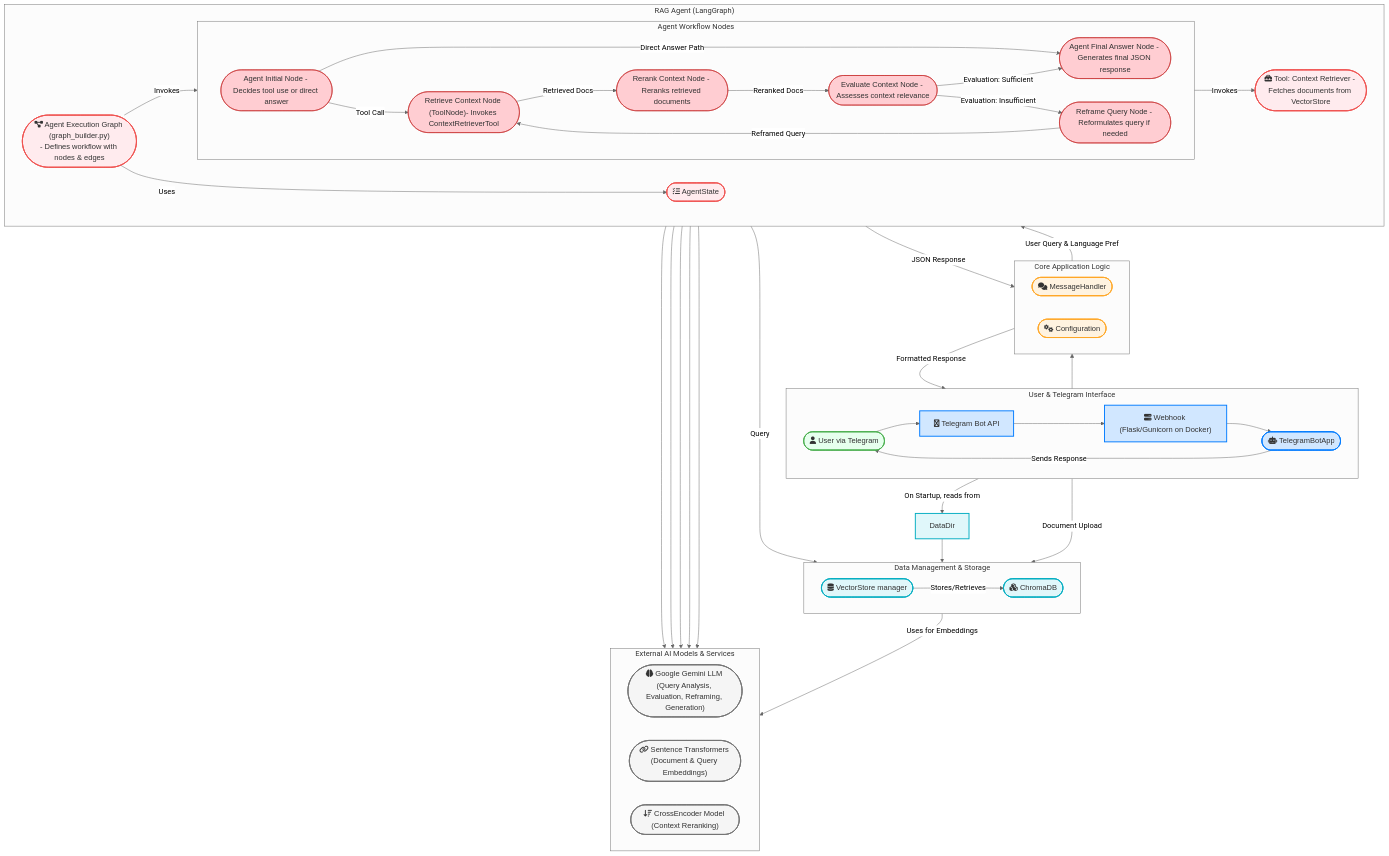
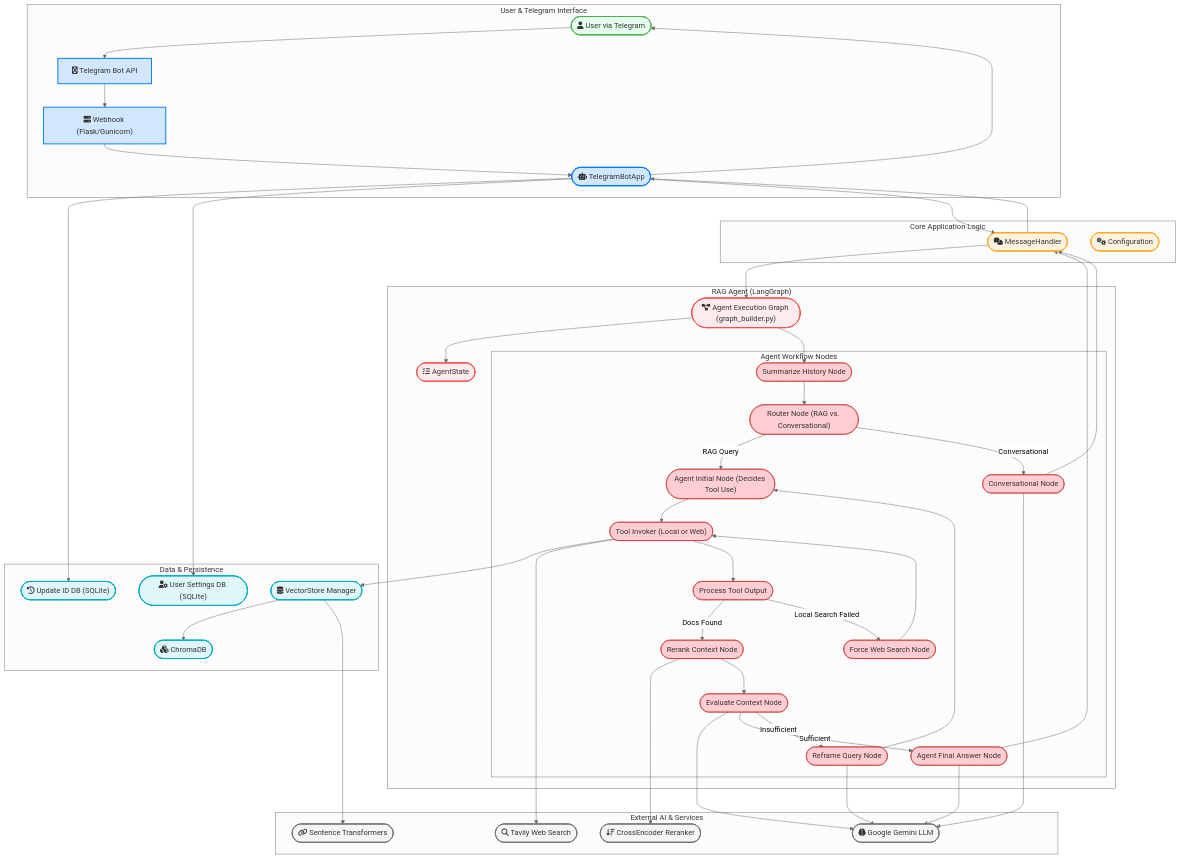
Before and after one commit to bk-anupam/LLM_agents: the diagram in memory-bank/architecture.md, drawn with Mermaid (neutral theme). The commit also changed 9 other files, not shown here.

First line of the commit message:
feat: Migrate persistence to Firestore and update architecture docs

````diff
--- a/memory-bank/architecture.md
+++ b/memory-bank/architecture.md
@@ -2,100 +2,104 @@
 graph TD
     %% ----- User & Telegram Interface -----
     subgraph "User & Telegram Interface"
-        direction LR
         User(["fa:fa-user User via Telegram"])
         TelegramAPI["fa:fa-telegram Telegram Bot API"]
-        Webhook["fa:fa-server Webhook (Flask/Gunicorn on Docker)"]
+        Webhook["fa:fa-server Webhook (Flask/Gunicorn)"]
         TelegramBotApp(["fa:fa-robot TelegramBotApp"])
     end
 
     %% ----- Core Application Logic -----
     subgraph "Core Application Logic"
-        direction LR
         MessageHandler(["fa:fa-comments MessageHandler"])
-        Config(["fa:fa-cogs Configuration"])        
+        Config(["fa:fa-cogs Configuration"])
     end
 
     %% ----- RAG Agent (LangGraph) -----
     subgraph "RAG Agent (LangGraph)"
-        direction LR
-        AgentOrchestrator(["fa:fa-project-diagram Agent Execution Graph (graph_builder.py)\n- Defines workflow with nodes & edges"])
-        
+        AgentOrchestrator(["fa:fa-project-diagram Agent Execution Graph (graph_builder.py)"])
+        AgentState(["fa:fa-tasks AgentState"])
+
         subgraph "Agent Workflow Nodes"
-            direction LR
-            Node_AgentInitial(["Agent Initial Node - Decides tool use or direct answer"])
-            Node_RetrieveContext(["Retrieve Context Node (ToolNode)- Invokes ContextRetrieverTool"])
-            Node_RerankContext(["Rerank Context Node - Reranks retrieved documents"])
-            Node_EvaluateContext(["Evaluate Context Node - Assesses context relevance"])
-            Node_ReframeQuery(["Reframe Query Node - Reformulates query if needed"])
-            Node_AgentFinalAnswer(["Agent Final Answer Node - Generates final JSON response"])
+            Node_Summarize(["Summarize History Node"])
+            Node_Router(["Router Node (RAG vs. Conversational)"])
+            Node_Conversational(["Conversational Node"])
+            Node_AgentInitial(["Agent Initial Node (Decides Tool Use)"])
+            Node_ToolInvoker(["Tool Invoker (Local or Web)"])
+            Node_ProcessOutput(["Process Tool Output"])
+            Node_RerankContext(["Rerank Context Node"])
+            Node_EvaluateContext(["Evaluate Context Node"])
+            Node_ReframeQuery(["Reframe Query Node"])
+            Node_ForceWebSearch(["Force Web Search Node"])
+            Node_AgentFinalAnswer(["Agent Final Answer Node"])
         end
-        
-        ContextRetrieverTool(["fa:fa-toolbox Tool: Context Retriever - Fetches documents from VectorStore"])
-        AgentState(["fa:fa-tasks AgentState "])
     end
 
     %% ----- Data Management & Storage -----
-    subgraph "Data Management & Storage"
-        direction LR
-        VectorStoreManager(["fa:fa-database VectorStore manager"])
-        ChromaDB(["fa:fa-cubes ChromaDB"])        
+    subgraph "Data & Persistence"
+        VectorStoreManager(["fa:fa-database VectorStore Manager"])
+        ChromaDB(["fa:fa-cubes ChromaDB"])
+        UserSettingsManager(["fa:fa-user-cog User Settings DB (SQLite)"])
+        UpdateManager(["fa:fa-history Update ID DB (SQLite)"])
     end
 
     %% ----- External AI Models & Services -----
-    subgraph "External AI Models & Services"
-        direction LR
-        GeminiLLM(["fa:fa-brain Google Gemini LLM (Query Analysis, Evaluation, Reframing, Generation)"])
-        EmbeddingModel(["fa:fa-link Sentence Transformers (Document & Query Embeddings)"])
-        RerankerModel(["fa:fa-sort-amount-down CrossEncoder Model (Context Reranking)"])
+    subgraph "External AI & Services"
+        GeminiLLM(["fa:fa-brain Google Gemini LLM"])
+        EmbeddingModel(["fa:fa-link Sentence Transformers"])
+        RerankerModel(["fa:fa-sort-amount-down CrossEncoder Reranker"])
+        Tavily(["fa:fa-search Tavily Web Search"])
     end
 
     %% ----- Connections -----
 
-    %% User Flow
+    %% User Input Flow
     User --> TelegramAPI
     TelegramAPI --> Webhook
     Webhook --> TelegramBotApp
+    TelegramBotApp --> UpdateManager
+    TelegramBotApp --> UserSettingsManager
+    TelegramBotApp --> MessageHandler
 
-    %% Bot App to Core Logic & Data
-    TelegramBotApp --> MessageHandler    
-    TelegramBotApp -- Document Upload --> VectorStoreManager    
-    TelegramBotApp -- On Startup, reads from --> DataDir --> VectorStoreManager
+    %% Agent Invocation & Routing
+    MessageHandler --> AgentOrchestrator
+    AgentOrchestrator --> AgentState
+    AgentOrchestrator --> Node_Summarize
+    Node_Summarize --> Node_Router
+    Node_Router -->|RAG Query| Node_AgentInitial
+    Node_Router -->|Conversational| Node_Conversational
 
-    %% Message Handler to Agent
-    MessageHandler -- User Query & Language Pref --> AgentOrchestrator
-    AgentOrchestrator -- Uses --> AgentState
+    %% Conversational Path
+    Node_Conversational --> GeminiLLM
+    Node_Conversational --> MessageHandler
 
-    %% Agent Orchestrator and Nodes
-    AgentOrchestrator -- Invokes --> Node_AgentInitial
-    Node_AgentInitial -- Tool Call --> Node_RetrieveContext
-    Node_AgentInitial -- Direct Answer Path --> Node_AgentFinalAnswer
-    Node_RetrieveContext -- Invokes --> ContextRetrieverTool
-    Node_RetrieveContext -- Retrieved Docs --> Node_RerankContext
-    Node_RerankContext -- Reranked Docs --> Node_EvaluateContext
-    Node_EvaluateContext -- Evaluation: Sufficient --> Node_AgentFinalAnswer
-    Node_EvaluateContext -- Evaluation: Insufficient --> Node_ReframeQuery
-    Node_ReframeQuery -- Reframed Query --> Node_RetrieveContext
-    Node_AgentFinalAnswer -- JSON Response --> MessageHandler
-    MessageHandler -- Formatted Response --> TelegramBotApp
-    TelegramBotApp -- Sends Response --> User
+    %% RAG Path
+    Node_AgentInitial --> Node_ToolInvoker
+    Node_ToolInvoker --> VectorStoreManager
+    Node_ToolInvoker --> Tavily
+    Node_ToolInvoker --> Node_ProcessOutput
+    Node_ProcessOutput -->|Docs Found| Node_RerankContext
+    Node_ProcessOutput -->|Local Search Failed| Node_ForceWebSearch
+    Node_ForceWebSearch --> Node_ToolInvoker
+    Node_RerankContext --> RerankerModel
+    Node_RerankContext --> Node_EvaluateContext
+    Node_EvaluateContext --> GeminiLLM
+    Node_EvaluateContext -->|Sufficient| Node_AgentFinalAnswer
+    Node_EvaluateContext -->|Insufficient| Node_ReframeQuery
+    Node_ReframeQuery --> GeminiLLM
+    Node_ReframeQuery --> Node_AgentInitial
+    Node_AgentFinalAnswer --> GeminiLLM
+    Node_AgentFinalAnswer --> MessageHandler
 
-    %% Agent Nodes to External Models
-    Node_AgentInitial --> GeminiLLM
-    Node_EvaluateContext --> GeminiLLM
-    Node_ReframeQuery --> GeminiLLM
-    Node_AgentFinalAnswer --> GeminiLLM
-    Node_RerankContext --> RerankerModel
+    %% Final Output Flow
+    MessageHandler --> TelegramBotApp
+    TelegramBotApp --> User
 
-    %% Context Retriever Tool to VectorStore
-    ContextRetrieverTool -- Query --> VectorStoreManager
+    %% Data & Model Connections
+    VectorStoreManager --> ChromaDB
+    VectorStoreManager --> EmbeddingModel
 
-    %% VectorStore Manager Interactions
-    VectorStoreManager -- Stores/Retrieves --> ChromaDB
-    VectorStoreManager -- Uses for Embeddings --> EmbeddingModel
-    
-    %% Styling (FontAwesome icons for better visuals if supported by renderer)
-    classDef default fill:#ECECFF,stroke:#999,stroke-width:1px,color:#333,font-family:Helvetica
+    %% Styling
+    classDef default fill:#ECECFF,stroke:#999,stroke-width:1px,color:#333
     classDef user fill:#E6FFED,stroke:#4CAF50,stroke-width:2px
     classDef telegram fill:#D1E7FF,stroke:#007BFF,stroke-width:2px
     classDef core fill:#FFF3E0,stroke:#FFA726,stroke-width:2px
@@ -104,11 +108,11 @@
     classDef data fill:#E0F7FA,stroke:#00ACC1,stroke-width:2px
     classDef external fill:#F5F5F5,stroke:#757575,stroke-width:2px
 
-    class User user;
-    class TelegramAPI,Webhook,TelegramBotApp telegram;
-    class MessageHandler,Config,Logger core;
-    class AgentOrchestrator,ContextRetrieverTool,AgentState agent;
-    class Node_AgentInitial,Node_RetrieveContext,Node_RerankContext,Node_EvaluateContext,Node_ReframeQuery,Node_AgentFinalAnswer agentnode;
-    class VectorStoreManager,ChromaDB,DataDir,UploadsDir data;
-    class GeminiLLM,EmbeddingModel,RerankerModel external;
+    class User user
+    class TelegramAPI,Webhook,TelegramBotApp telegram
+    class MessageHandler,Config core
+    class AgentOrchestrator,AgentState agent
+    class Node_Summarize,Node_Router,Node_Conversational,Node_AgentInitial,Node_ToolInvoker,Node_ProcessOutput,Node_RerankContext,Node_EvaluateContext,Node_ReframeQuery,Node_ForceWebSearch,Node_AgentFinalAnswer agentnode
+    class VectorStoreManager,ChromaDB,UserSettingsManager,UpdateManager data
+    class GeminiLLM,EmbeddingModel,RerankerModel,Tavily external
 ```
````
